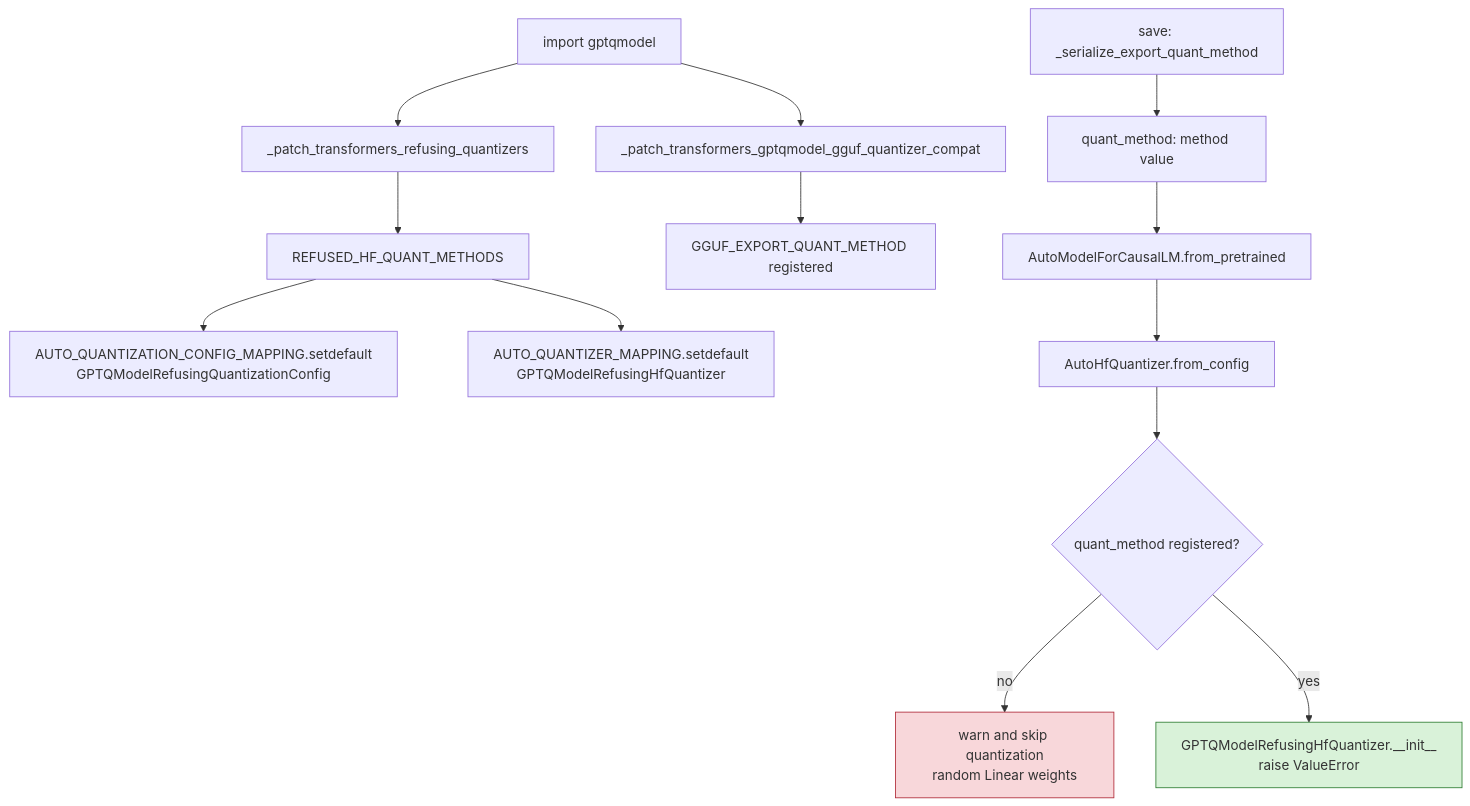
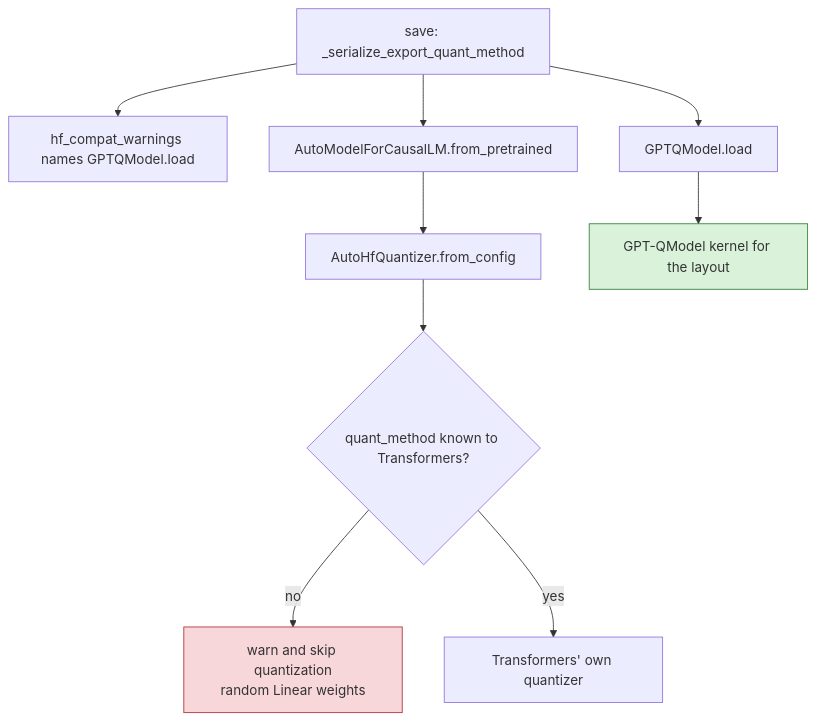
Before and after one commit to ModelCloud/GPTQModel: the fifth of 6 diagrams in docs/hf-interop.md, drawn with Mermaid. The commit also changed other lines of this file and 12 other files, not shown here.

First line of the commit message:
docs: GPT-QModel never patches the HF ecosystem; load checkpoints with GPTQModel.load

````diff
--- a/docs/hf-interop.md
+++ b/docs/hf-interop.md
@@ -262,17 +160,13 @@
 ```mermaid
 flowchart TD
-    A["import gptqmodel"] --> B["_patch_transformers_refusing_quantizers"]
-    B --> C["REFUSED_HF_QUANT_METHODS"]
-    C --> D["AUTO_QUANTIZATION_CONFIG_MAPPING.setdefault<br/>GPTQModelRefusingQuantizationConfig"]
-    C --> E["AUTO_QUANTIZER_MAPPING.setdefault<br/>GPTQModelRefusingHfQuantizer"]
-    A --> F["_patch_transformers_gptqmodel_gguf_quantizer_compat"]
-    F --> F2["GGUF_EXPORT_QUANT_METHOD registered"]
-    S["save: _serialize_export_quant_method"] --> S5["quant_method: method value"]
-    S5 --> G
-    G["AutoModelForCausalLM.from_pretrained"] --> H["AutoHfQuantizer.from_config"]
-    H --> I{"quant_method registered?"}
+    S["save: _serialize_export_quant_method"] --> W["hf_compat_warnings names GPTQModel.load"]
+    S --> G["AutoModelForCausalLM.from_pretrained"]
+    G --> H["AutoHfQuantizer.from_config"]
+    H --> I{"quant_method known to Transformers?"}
     I -- no --> J["warn and skip quantization<br/>random Linear weights"]
-    I -- yes --> K["GPTQModelRefusingHfQuantizer.__init__<br/>raise ValueError"]
+    I -- yes --> K["Transformers' own quantizer"]
+    S --> L["GPTQModel.load"]
+    L --> M["GPT-QModel kernel for the layout"]
     style J fill:#f8d7da,stroke:#b02a37
-    style K fill:#d9f2d9,stroke:#2e7d32
+    style M fill:#d9f2d9,stroke:#2e7d32
 ```
````
